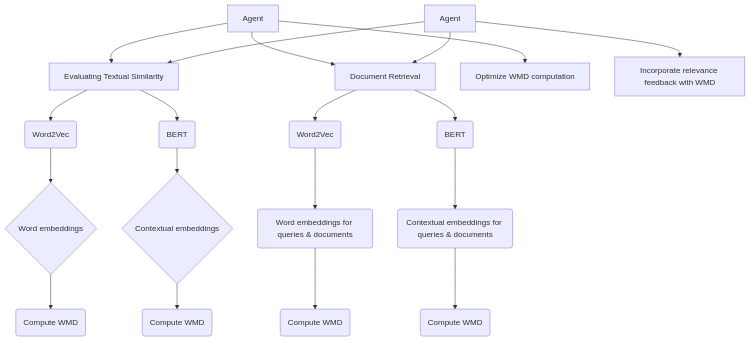
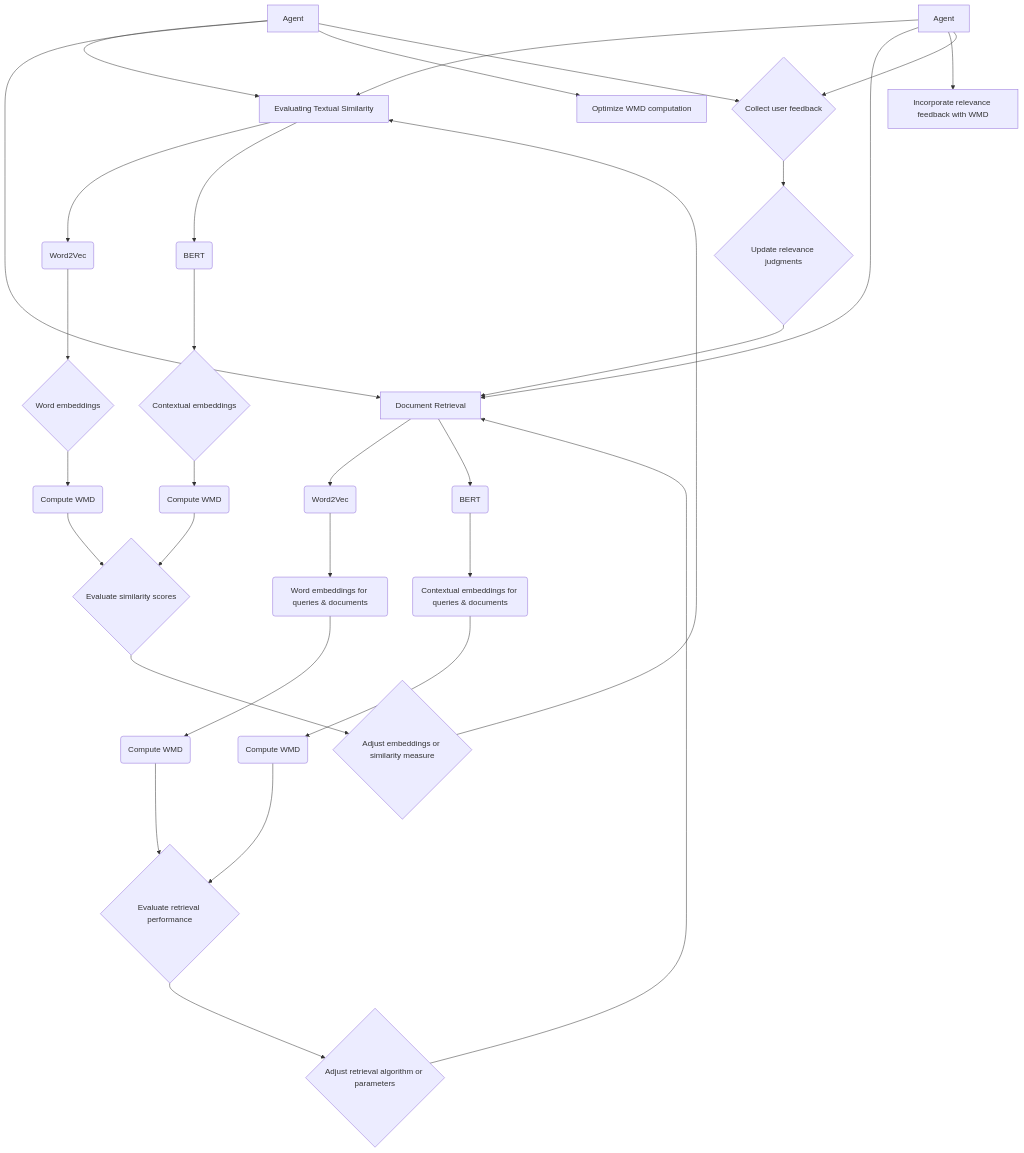
The third of 6 diagrams in README.md (EveryOneIsGross/scratchTHOUGHTS), drawn with Mermaid before and after one commit.

````diff
--- a/README.md
+++ b/README.md
@@ -137,24 +139,33 @@
 ```mermaid
 graph TD
 A[Evaluating Textual Similarity] --> B(Word2Vec)
 B --> C{Word embeddings}
 C --> D(Compute WMD)
 A --> E(BERT)
 E --> F{Contextual embeddings}
 F --> G(Compute WMD)
-
 H[Document Retrieval] --> I(Word2Vec)
 I --> J(Word embeddings for queries & documents)
 J --> K(Compute WMD)
 H --> L(BERT)
 L --> M(Contextual embeddings for queries & documents)
 M --> N(Compute WMD)
-
 O[Agent] --> A
 O --> H
 O --> P[Optimize WMD computation]
-
 Q[Agent] --> A
 Q --> H
 Q --> R[Incorporate relevance feedback with WMD]
+D --> S{Evaluate similarity scores}
+G --> S
+K --> T{Evaluate retrieval performance}
+N --> T
+S --> U{Adjust embeddings or similarity measure}
+T --> V{Adjust retrieval algorithm or parameters}
+U --> A
+V --> H
+O --> W{Collect user feedback}
+Q --> W
+W --> X{Update relevance judgments}
+X --> H
 ```
````
